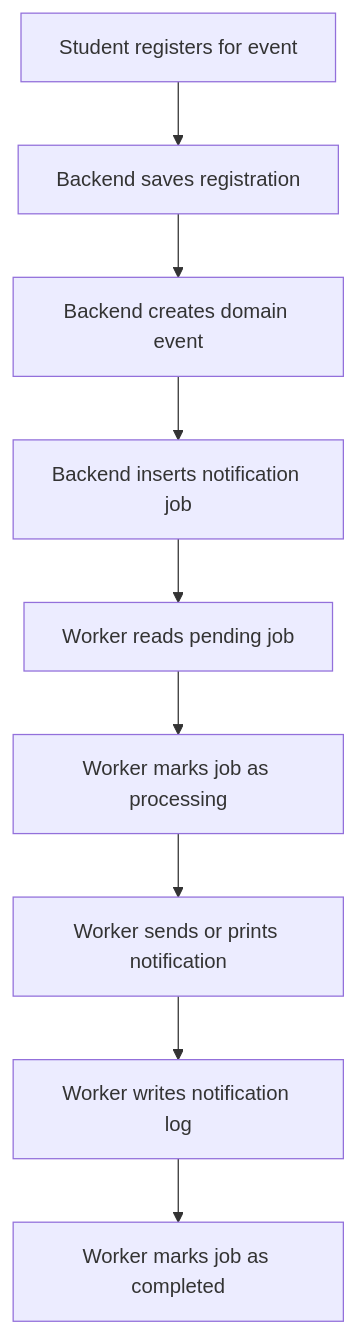
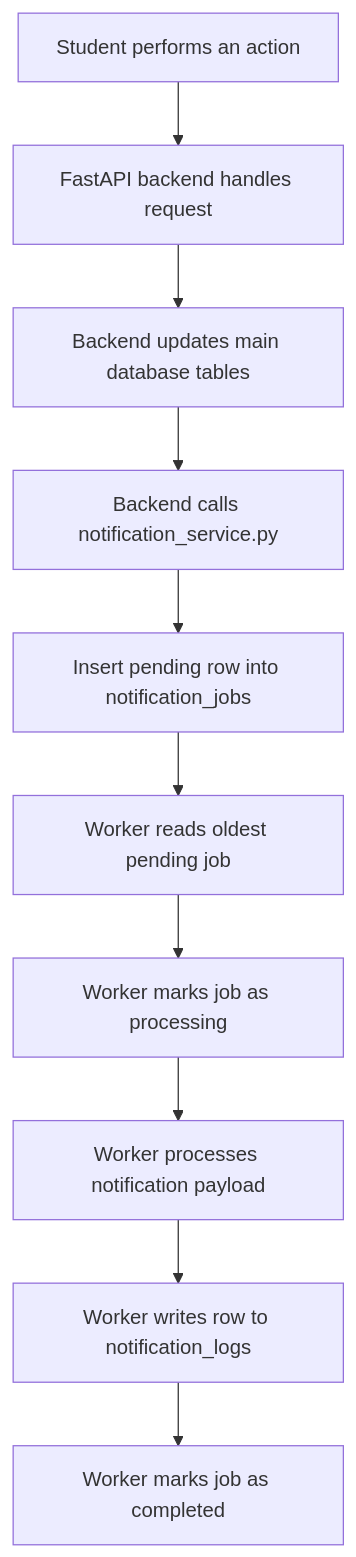
Before and after one commit to EmilD93/Heracle: the diagram in docs/worker_flow.md, drawn with Mermaid. The commit also changed other lines of this file and 4 other files, not shown here.

Commit message:
feat: implement notification jobs table and worker prototype

````diff
--- a/docs/worker_flow.md
+++ b/docs/worker_flow.md
@@ -52,11 +65,12 @@
 ```mermaid
 flowchart TD
-    A[Student registers for event] --> B[Backend saves registration]
-    B --> C[Backend creates domain event]
-    C --> D[Backend inserts notification job]
-    D --> E[Worker reads pending job]
-    E --> F[Worker marks job as processing]
-    F --> G[Worker sends or prints notification]
-    G --> H[Worker writes notification log]
-    H --> I[Worker marks job as completed]
+    A[Student performs an action] --> B[FastAPI backend handles request]
+    B --> C[Backend updates main database tables]
+    C --> D[Backend calls notification_service.py]
+    D --> E[Insert pending row into notification_jobs]
+    E --> F[Worker reads oldest pending job]
+    F --> G[Worker marks job as processing]
+    G --> H[Worker processes notification payload]
+    H --> I[Worker writes row to notification_logs]
+    I --> J[Worker marks job as completed]
 ```
````
